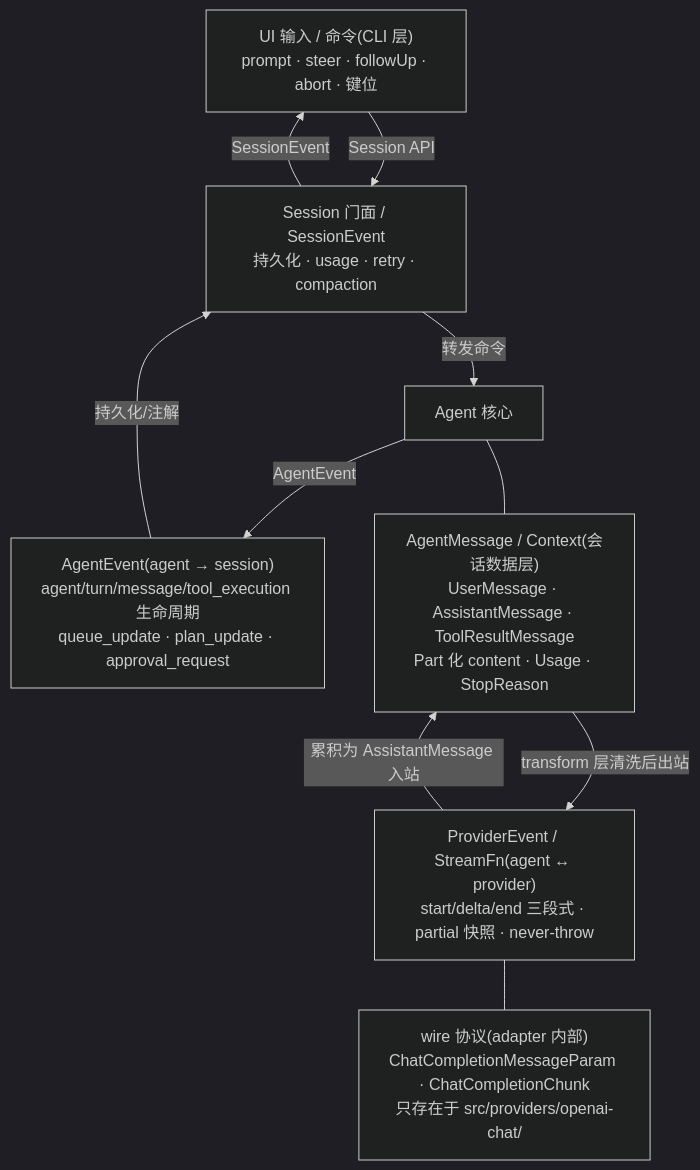
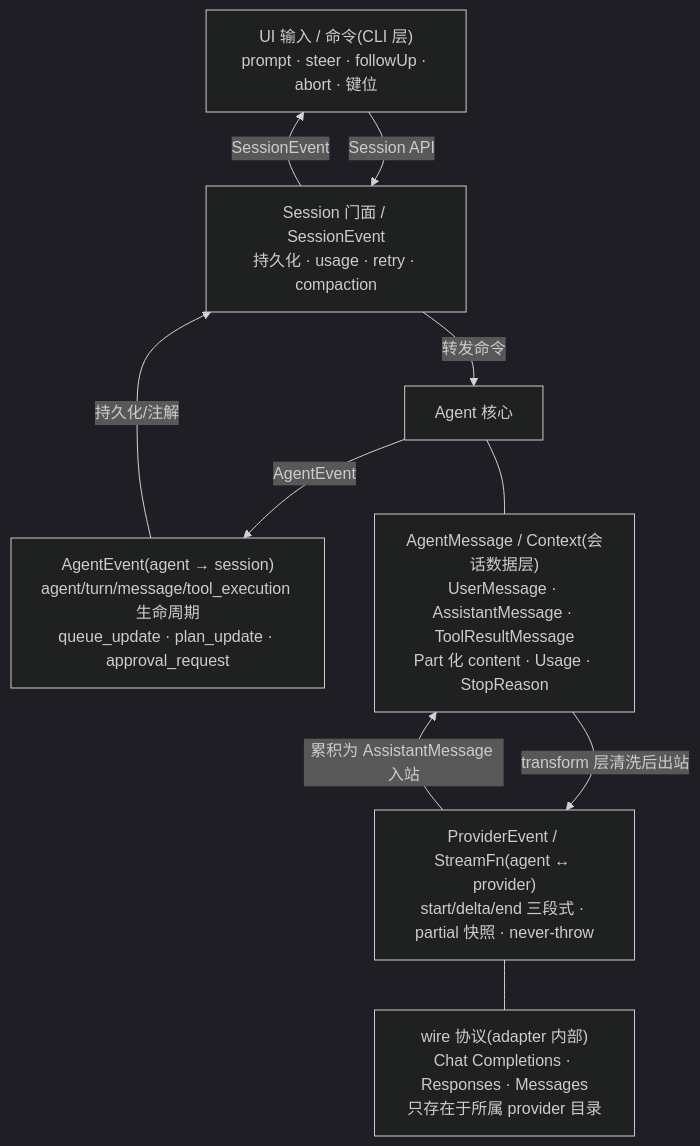
One commit to rita152/coda changed the diagram in docs/01-overview.md. Above: the diagram before and after it, drawn with Mermaid (dark theme). The commit also changed other lines of this file and 32 other files, not shown here.

First line of the commit message:
Add the OpenAI Responses adapter

````diff
--- a/docs/01-overview.md
+++ b/docs/01-overview.md
@@ -139,20 +139,20 @@
 ```mermaid
 graph TD
   UI["UI 输入 / 命令(CLI 层)<br/>prompt · steer · followUp · abort · 键位"]
   SE["Session 门面 / SessionEvent<br/>持久化 · usage · retry · compaction"]
   AG["Agent 核心"]
   AE["AgentEvent(agent → session)<br/>agent/turn/message/tool_execution 生命周期<br/>queue_update · plan_update · approval_request"]
   AM["AgentMessage / Context(会话数据层)<br/>UserMessage · AssistantMessage · ToolResultMessage<br/>Part 化 content · Usage · StopReason"]
   PE["ProviderEvent / StreamFn(agent ↔ provider)<br/>start/delta/end 三段式 · partial 快照 · never-throw"]
-  WIRE["wire 协议(adapter 内部)<br/>ChatCompletionMessageParam · ChatCompletionChunk<br/>只存在于 src/providers/openai-chat/"]
+  WIRE["wire 协议(adapter 内部)<br/>Chat Completions · Responses · Messages<br/>只存在于所属 provider 目录"]
 
   UI -- "Session API" --> SE
   SE -- "转发命令" --> AG
   AG -- "AgentEvent" --> AE
   AE -- "持久化/注解" --> SE
   SE -- "SessionEvent" --> UI
   AG --- AM
   AM -- "transform 层清洗后出站" --> PE
   PE -- "累积为 AssistantMessage 入站" --> AM
   PE --- WIRE
 ```
````
